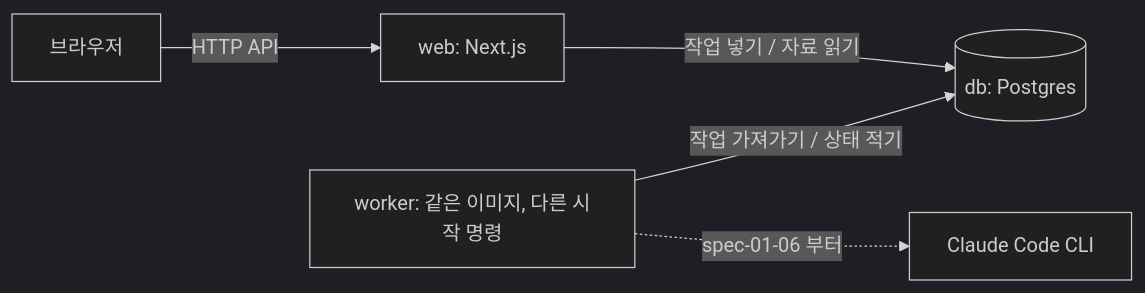
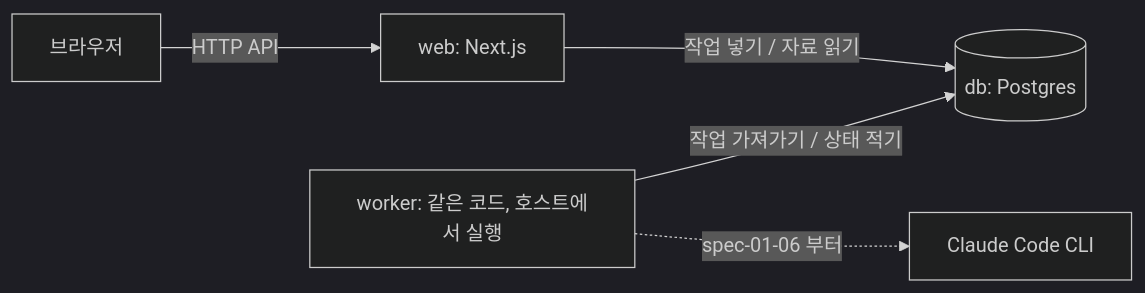
Before and after one commit to Changsik00/inkle: the diagram in specs/spec-01-03-project-skeleton/spec.md, drawn with Mermaid (dark theme). The commit also changed other lines of this file and 12 other files, not shown here.

````diff
--- a/specs/spec-01-03-project-skeleton/spec.md
+++ b/specs/spec-01-03-project-skeleton/spec.md
@@ -65,7 +73,7 @@
 ```mermaid
 flowchart LR
     B[브라우저] -->|HTTP API| W[web: Next.js]
     W -->|작업 넣기 / 자료 읽기| D[(db: Postgres)]
-    K[worker: 같은 이미지, 다른 시작 명령] -->|작업 가져가기 / 상태 적기| D
+    K[worker: 같은 코드, 호스트에서 실행] -->|작업 가져가기 / 상태 적기| D
     K -.->|spec-01-06 부터| C[Claude Code CLI]
 ```
````
